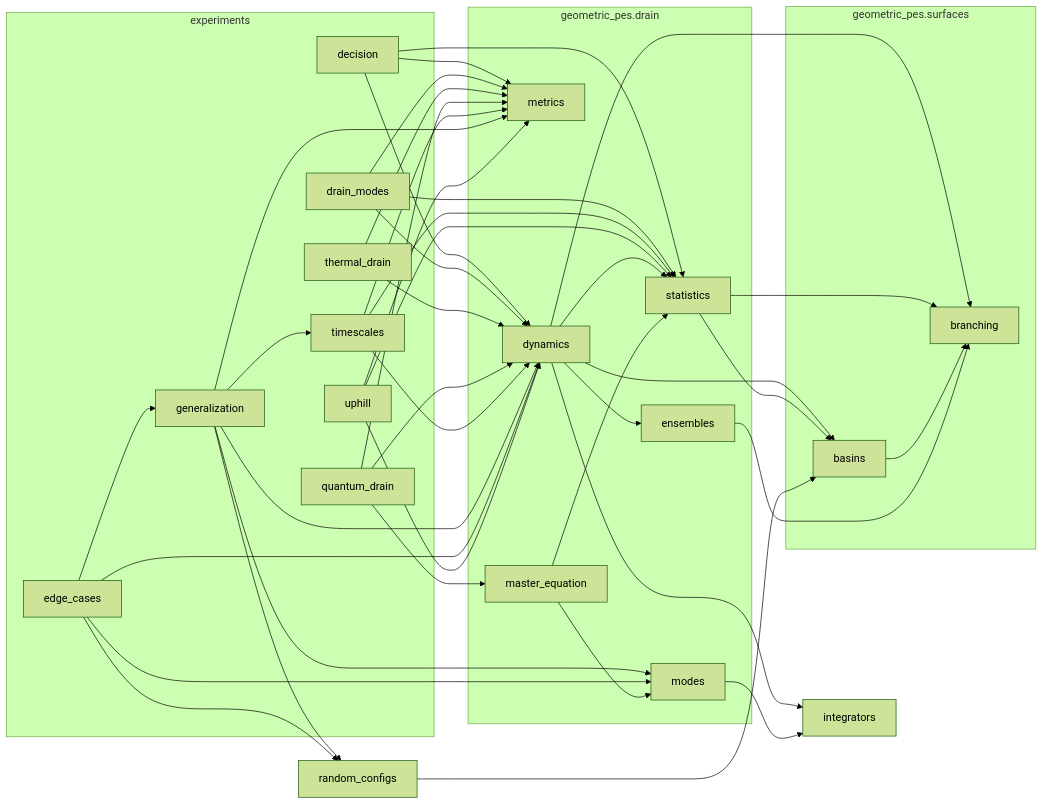
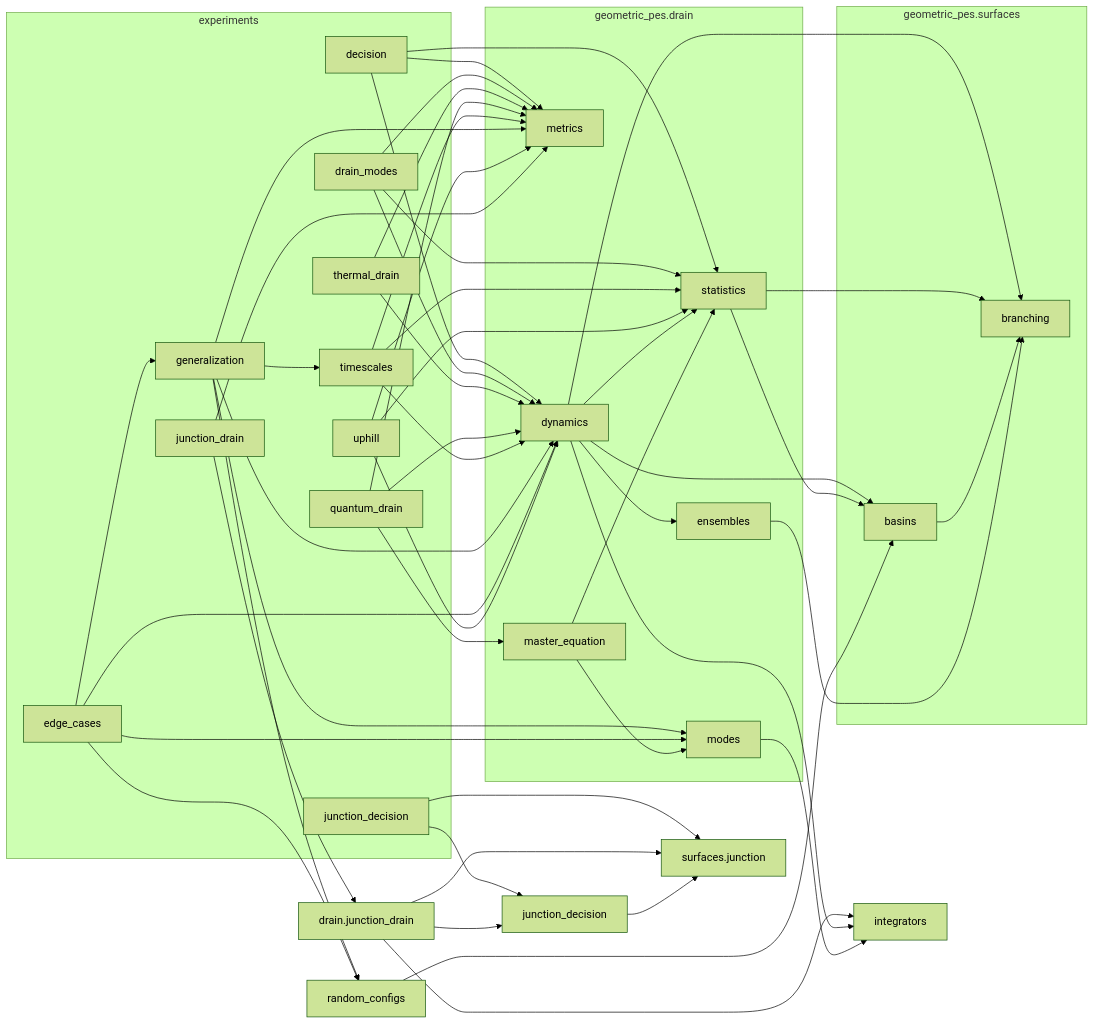
One commit to aidenva/geometric_pes changed the diagram in WORKFLOW.md. Above: the diagram before and after it, drawn with Mermaid (forest theme). The commit also changed other lines of this file and 18 other files, not shown here.

````diff
--- a/WORKFLOW.md
+++ b/WORKFLOW.md
@@ -36,46 +38,55 @@
 ```mermaid
 flowchart LR
   subgraph EXP[experiments]
     dec[decision]
     dm[drain_modes]
     th[thermal_drain]
     qd[quantum_drain]
     ts[timescales]
     gen[generalization]
     edge[edge_cases]
     up[uphill]
+    jdec[junction_decision]
+    jdr[junction_drain]
   end
   subgraph DRAIN[geometric_pes.drain]
     dyn[dynamics]
     met[metrics]
     stat[statistics]
     mod[modes]
     ens[ensembles]
     me[master_equation]
   end
   subgraph SURF[geometric_pes.surfaces]
     br[branching]
     bas[basins]
   end
   rc[random_configs]
   integ[integrators]
+  jd[junction_decision]
+  jn[surfaces.junction]
+  jdm[drain.junction_drain]
 
   dec --> dyn & met & stat
   dm --> dyn & met & stat
   th --> dyn & met
   qd --> dyn & met & me
   ts --> dyn & met & stat
   gen --> ts
   gen --> rc & mod & dyn & met
   edge --> gen
   edge --> rc & mod & dyn
   up --> dyn & met & stat
+  jdec --> jd & jn
+  jdr --> jdm & met
+  jdm --> jn & jd & integ
+  jd --> jn
 
   dyn --> ens & stat & integ & bas & br
   me --> stat & mod
   mod --> integ
   stat --> bas & br
   rc --> bas
   bas --> br
   ens --> br
 ```
````
